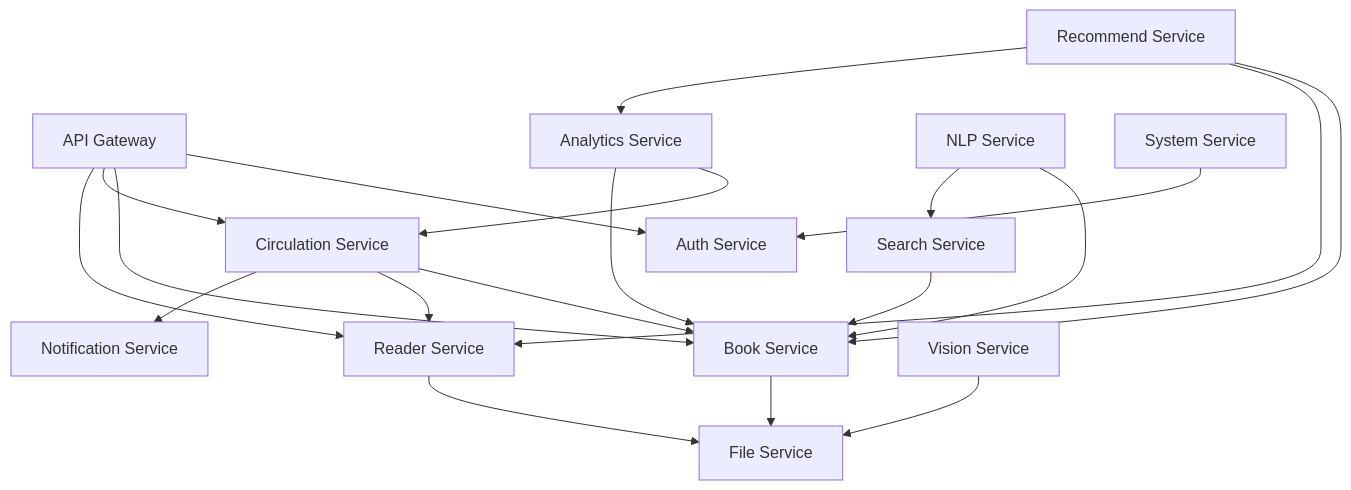
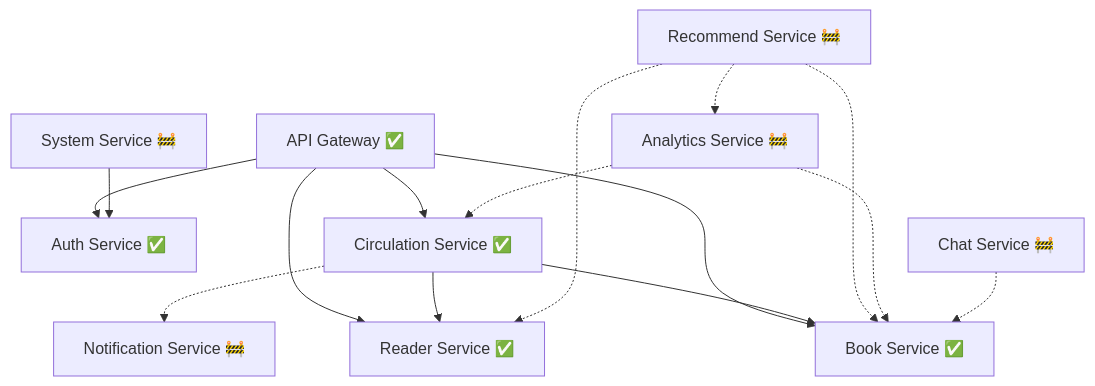
Before and after one commit to garryyifei8/GCRF-LMS: the diagram in docs/architecture/ARCHITECTURE.md, drawn with Mermaid. The commit also changed other lines of this file and 407 other files, not shown here.

````diff
--- a/docs/architecture/ARCHITECTURE.md
+++ b/docs/architecture/ARCHITECTURE.md
@@ -110,29 +147,22 @@
 ```mermaid
 graph TD
-    Gateway[API Gateway] --> Auth[Auth Service]
-    Gateway --> Book[Book Service]
-    Gateway --> Circulation[Circulation Service]
-    Gateway --> Reader[Reader Service]
+    Gateway[API Gateway ✅] --> Auth[Auth Service ✅]
+    Gateway --> Book[Book Service ✅]
+    Gateway --> Circulation[Circulation Service ✅]
+    Gateway --> Reader[Reader Service ✅]
 
     Circulation --> Book
     Circulation --> Reader
-    Circulation --> Notification[Notification Service]
+    Circulation -.-> Notification[Notification Service 🚧]
 
-    Recommend[Recommend Service] --> Book
-    Recommend --> Reader
-    Recommend --> Analytics[Analytics Service]
+    Recommend[Recommend Service 🚧] -.-> Book
+    Recommend -.-> Reader
+    Recommend -.-> Analytics[Analytics Service 🚧]
 
-    NLP[NLP Service] --> Book
-    NLP --> Search[Search Service]
+    Analytics -.-> Circulation
+    Analytics -.-> Book
 
-    Vision[Vision Service] --> File[File Service]
+    System[System Service 🚧] --> Auth
 
-    Book --> File
-    Reader --> File
-
-    Analytics --> Circulation
-    Analytics --> Book
-
-    Search --> Book
-    System[System Service] --> Auth
+    Chat[Chat Service 🚧] -.-> Book
 ```
````
